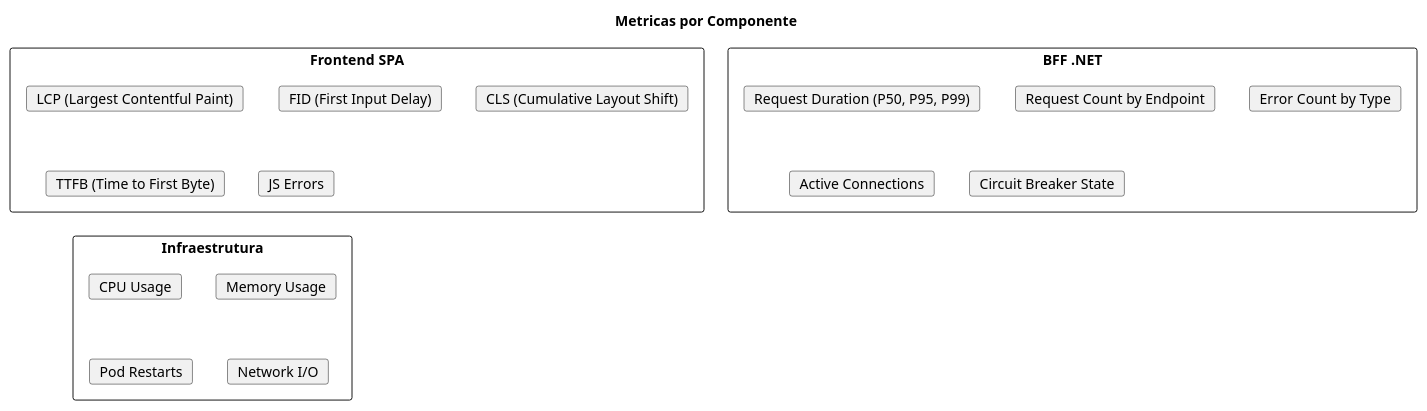
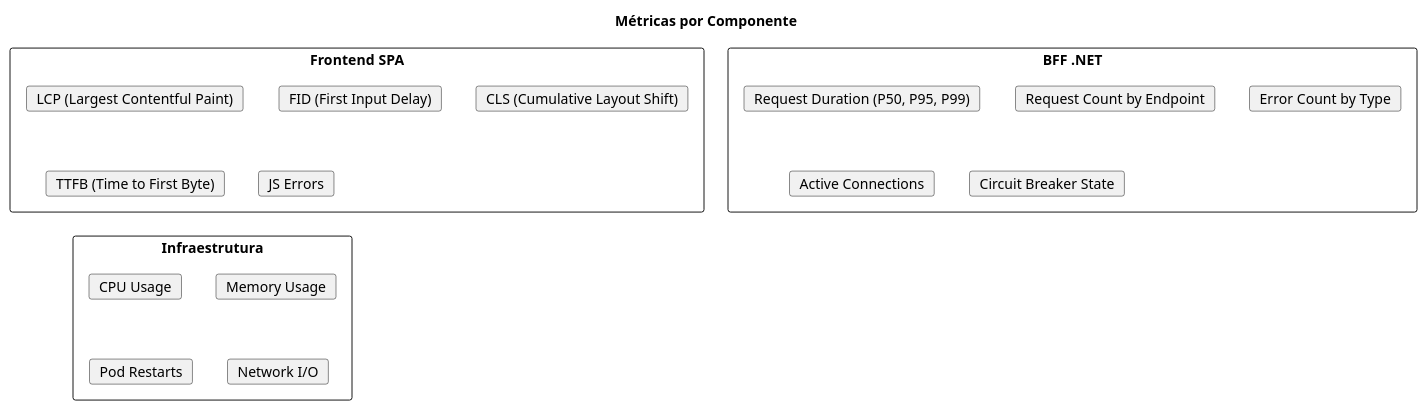
One commit to beduardo/novobanco_website_doc changed the second of 4 diagrams in current/definitions/DEF-11-observabilidade-operacoes.md. Above: the diagram before and after it, drawn with PlantUML. The commit also changed other lines of this file and 182 other files, not shown here.

````diff
--- a/current/definitions/DEF-11-observabilidade-operacoes.md
+++ b/current/definitions/DEF-11-observabilidade-operacoes.md
@@ -179,31 +179,31 @@
 ```plantuml
 @startuml
 skinparam backgroundColor white
 
-title Metricas por Componente
+title Métricas por Componente
 
 rectangle "Frontend SPA" {
     card "LCP (Largest Contentful Paint)"
     card "FID (First Input Delay)"
     card "CLS (Cumulative Layout Shift)"
     card "TTFB (Time to First Byte)"
     card "JS Errors"
 }
 
 rectangle "BFF .NET" {
     card "Request Duration (P50, P95, P99)"
     card "Request Count by Endpoint"
     card "Error Count by Type"
     card "Active Connections"
     card "Circuit Breaker State"
 }
 
 rectangle "Infraestrutura" {
     card "CPU Usage"
     card "Memory Usage"
     card "Pod Restarts"
     card "Network I/O"
 }
 
 @enduml
 ```
````
